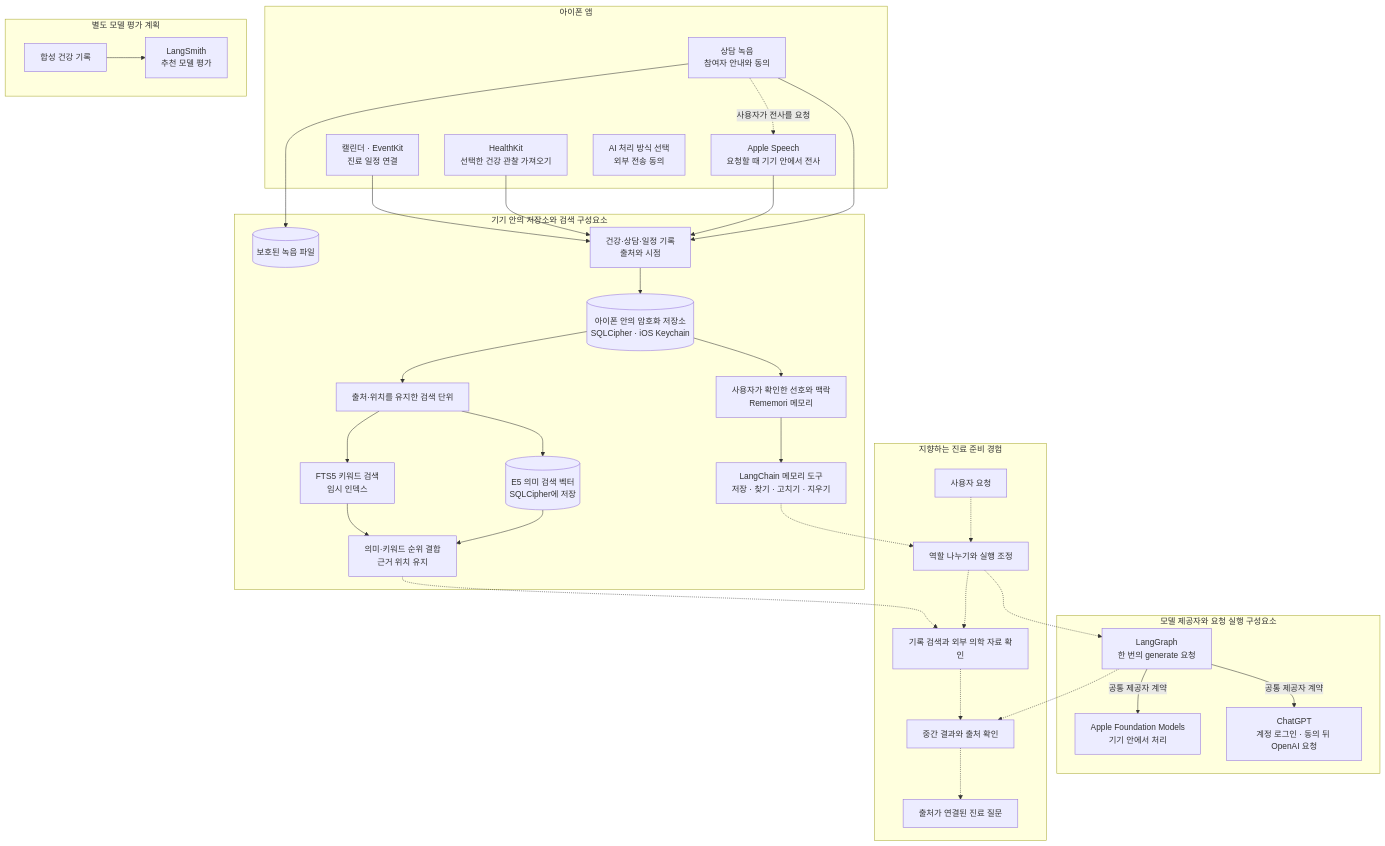
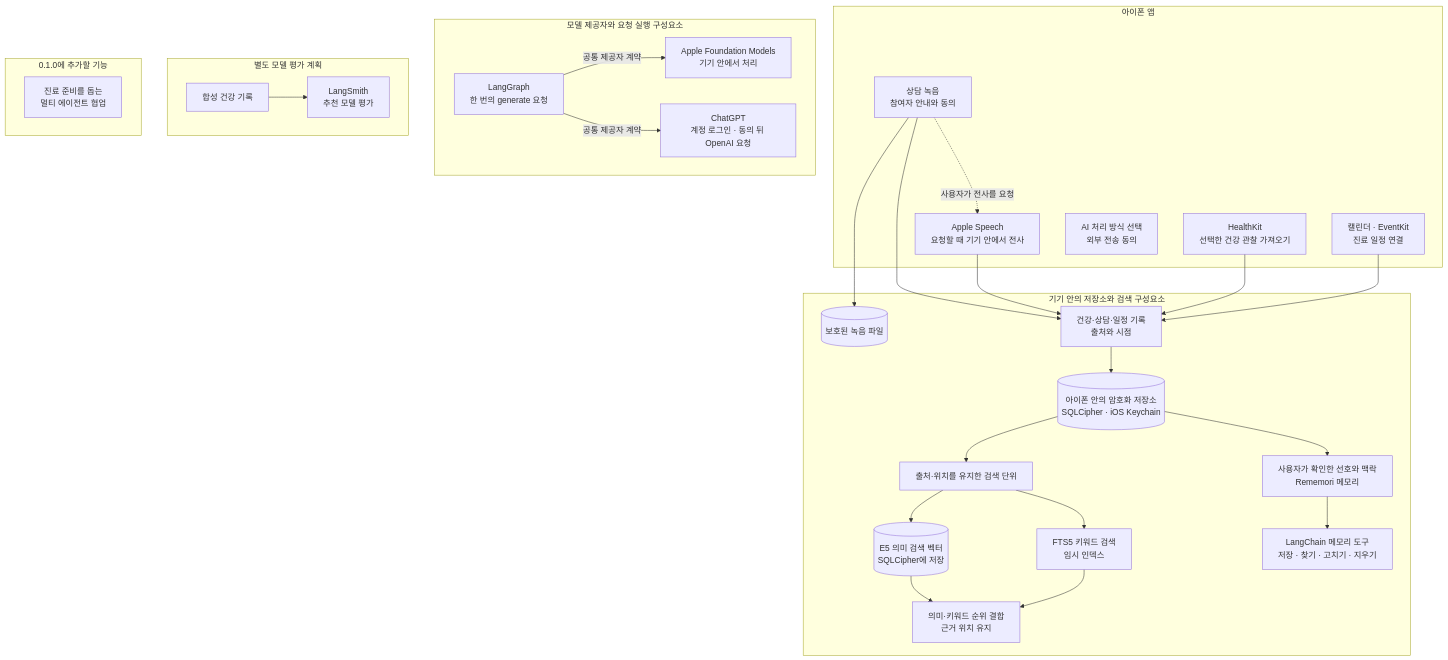
One commit to eunsoogi/orot changed the diagram in README.md. Above: the diagram before and after it, drawn with Mermaid. The commit also changed other lines of this file, not shown here.

Commit message:
docs(readme): defer collaboration flow until defined

````diff
--- a/README.md
+++ b/README.md
@@ -29,62 +29,55 @@
 ```mermaid
 flowchart TB
   subgraph app["아이폰 앱"]
     recording["상담 녹음<br/>참여자 안내와 동의"]
     speech["Apple Speech<br/>요청할 때 기기 안에서 전사"]
     health["HealthKit<br/>선택한 건강 관찰 가져오기"]
     calendar["캘린더 · EventKit<br/>진료 일정 연결"]
     selection["AI 처리 방식 선택<br/>외부 전송 동의"]
   end
 
   subgraph local["기기 안의 저장소와 검색 구성요소"]
     audio[("보호된 녹음 파일")]
     records["건강·상담·일정 기록<br/>출처와 시점"]
     db[("아이폰 안의 암호화 저장소<br/>SQLCipher · iOS Keychain")]
     chunks["출처·위치를 유지한 검색 단위"]
     vectors[("E5 의미 검색 벡터<br/>SQLCipher에 저장")]
     fts["FTS5 키워드 검색<br/>임시 인덱스"]
     retrieval["의미·키워드 순위 결합<br/>근거 위치 유지"]
     memory["사용자가 확인한 선호와 맥락<br/>Rememori 메모리"]
     memoryTools["LangChain 메모리 도구<br/>저장 · 찾기 · 고치기 · 지우기"]
   end
 
   subgraph model["모델 제공자와 요청 실행 구성요소"]
     modelRunner["LangGraph<br/>한 번의 generate 요청"]
     apple["Apple Foundation Models<br/>기기 안에서 처리"]
     chatgpt["ChatGPT<br/>계정 로그인 · 동의 뒤 OpenAI 요청"]
   end
 
   subgraph evaluation["별도 모델 평가 계획"]
     synthetic["합성 건강 기록"]
     langsmith["LangSmith<br/>추천 모델 평가"]
     synthetic --> langsmith
   end
 
-  subgraph future["지향하는 진료 준비 경험"]
-    request["사용자 요청"] -.-> coordination["역할 나누기와 실행 조정"]
-    coordination -.-> research["기록 검색과 외부 의학 자료 확인"]
-    research -.-> review["중간 결과와 출처 확인"]
-    review -.-> questions["출처가 연결된 진료 질문"]
+  subgraph future["0.1.0에 추가할 기능"]
+    collaboration["진료 준비를 돕는<br/>멀티 에이전트 협업"]
   end
 
   recording --> audio
   recording --> records
   recording -. "사용자가 전사를 요청" .-> speech
   speech --> records
   health --> records
   calendar --> records
   records --> db
   db --> chunks
   chunks --> vectors
   chunks --> fts
   vectors --> retrieval
   fts --> retrieval
   db --> memory
   memory --> memoryTools
   modelRunner -->|공통 제공자 계약| apple
   modelRunner -->|공통 제공자 계약| chatgpt
-  retrieval -.-> research
-  memoryTools -.-> coordination
-  coordination -.-> modelRunner
-  modelRunner -.-> review
 ```
````
